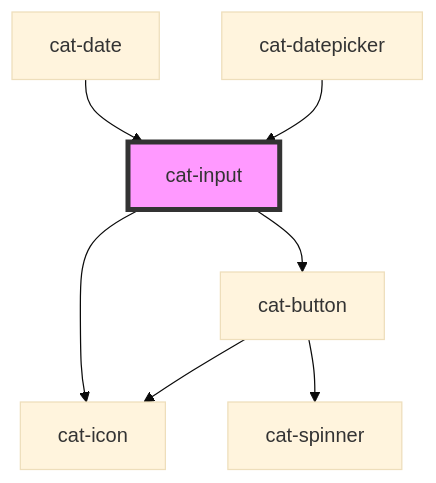
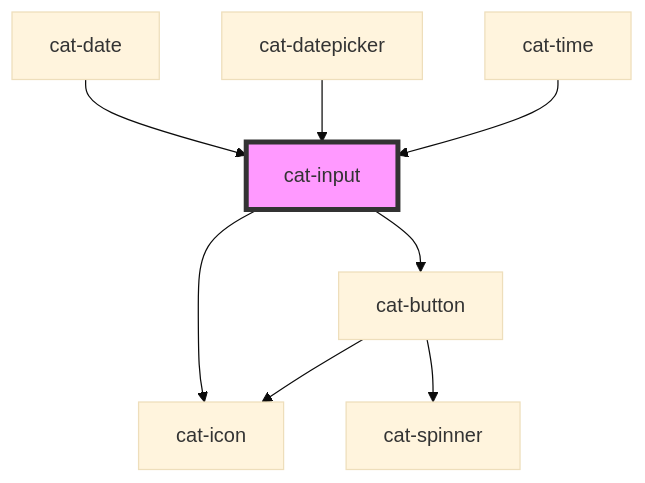
One commit to haiilo/catalyst changed the diagram in core/src/components/cat-input/readme.md. Above: the diagram before and after it, drawn with Mermaid (base theme). The commit also changed other lines of this file and 11 other files, not shown here.

````diff
--- a/core/src/components/cat-input/readme.md
+++ b/core/src/components/cat-input/readme.md
@@ -145,10 +146,11 @@
 ```mermaid
 graph TD;
   cat-input --> cat-icon
   cat-input --> cat-button
   cat-button --> cat-icon
   cat-button --> cat-spinner
   cat-date --> cat-input
   cat-datepicker --> cat-input
+  cat-time --> cat-input
   style cat-input fill:#f9f,stroke:#333,stroke-width:4px
 ```
````
